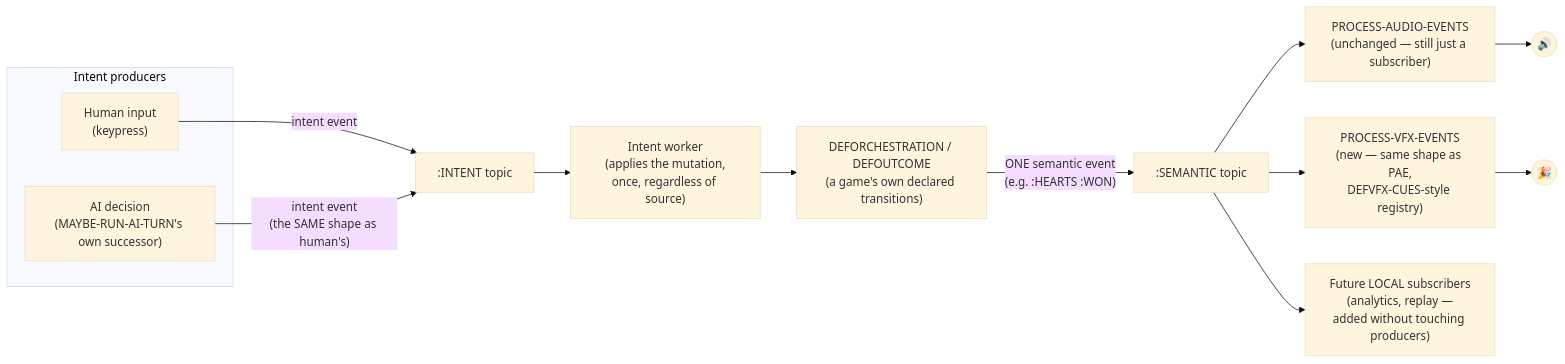
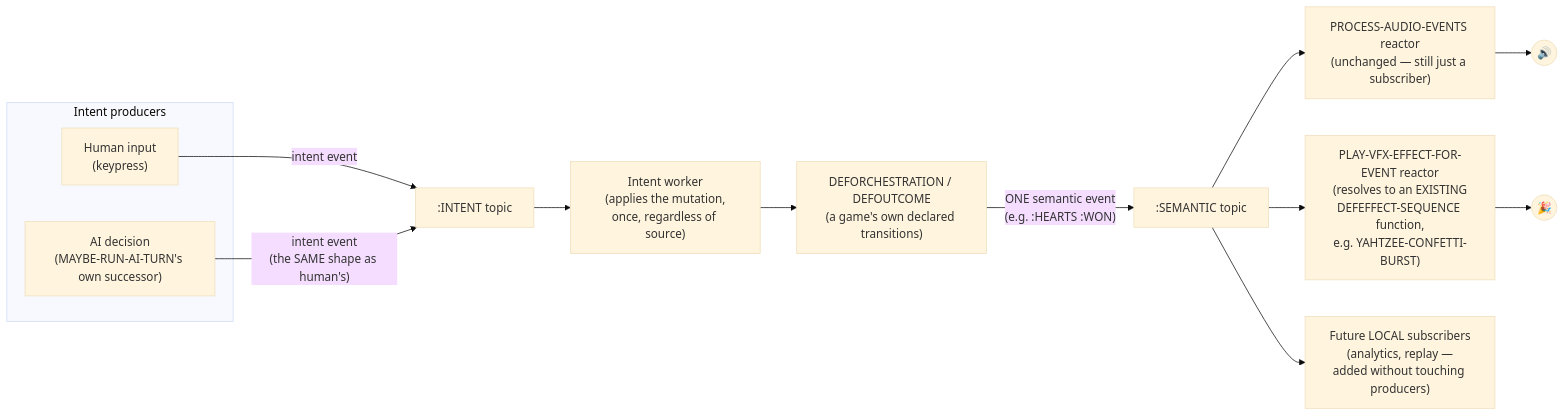
The first of 2 diagrams in docs/semantic-event-architecture-design.md (denzuko/edm-engine), drawn with Mermaid (base theme) before and after one commit. The commit also changed other lines of this file, not shown here.

````diff
--- a/docs/semantic-event-architecture-design.md
+++ b/docs/semantic-event-architecture-design.md
@@ -79,21 +79,21 @@
 ```mermaid
 flowchart LR
     subgraph producers["Intent producers"]
         Human["Human input\n(keypress)"]
         AI["AI decision\n(MAYBE-RUN-AI-TURN's own successor)"]
     end
 
     Human -->|"intent event"| IntentTopic[":INTENT topic"]
     AI -->|"intent event\n(the SAME shape as human's)"| IntentTopic
     IntentTopic --> IntentWorker["Intent worker\n(applies the mutation,\nonce, regardless of source)"]
     IntentWorker --> Orch["DEFORCHESTRATION / DEFOUTCOME\n(a game's own declared transitions)"]
 
     Orch -->|"ONE semantic event\n(e.g. :HEARTS :WON)"| SemanticTopic[":SEMANTIC topic"]
 
-    SemanticTopic --> PAE["PROCESS-AUDIO-EVENTS\n(unchanged — still just a subscriber)"]
-    SemanticTopic --> PVE["PROCESS-VFX-EVENTS\n(new — same shape as PAE,\nDEFVFX-CUES-style registry)"]
+    SemanticTopic --> PAE["PROCESS-AUDIO-EVENTS reactor\n(unchanged — still just a subscriber)"]
+    SemanticTopic --> PVE["PLAY-VFX-EFFECT-FOR-EVENT reactor\n(resolves to an EXISTING\nDEFEFFECT-SEQUENCE function,\ne.g. YAHTZEE-CONFETTI-BURST)"]
     SemanticTopic --> Future["Future LOCAL subscribers\n(analytics, replay —\nadded without touching producers)"]
 
     PAE --> Speaker(("🔊"))
     PVE --> Screen(("🎉"))
 ```
````
